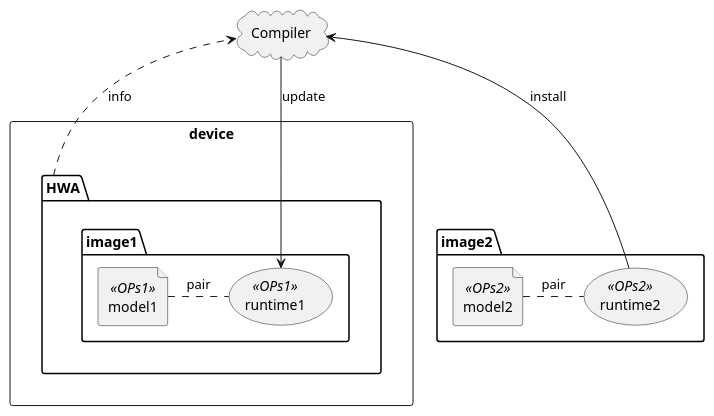
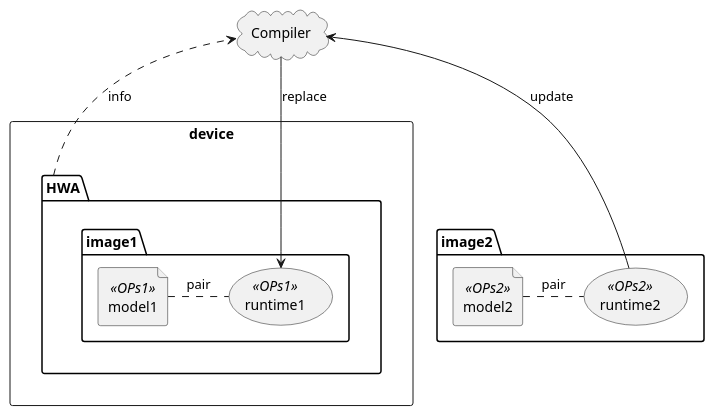
One commit to doyu/elc2019 changed the diagram in runtime.puml. Above: the diagram before and after it, drawn with PlantUML. The commit also changed 1 other file, not shown here.

```diff
--- a/runtime.puml
+++ b/runtime.puml
@@ -1,25 +1,25 @@
 @startuml
 
 cloud Compiler
 
 folder image2 {
         file model2 <<OPs2>>
         (runtime2) <<OPs2>>
 	model2 . runtime2 : pair
 }
 
 rectangle device {
         folder HWA {
 		folder image1 {
 	                file model1 <<OPs1>>
 	                (runtime1) <<OPs1>>
                 }
 	}
 	model1 . runtime1 : pair
 }
 
-Compiler <-down- (runtime2) : install
-Compiler -down-> (runtime1) : update
+Compiler <-down- (runtime2) : update
+Compiler -down-> (runtime1) : replace
 HWA .> Compiler : info
 
 @enduml
```
